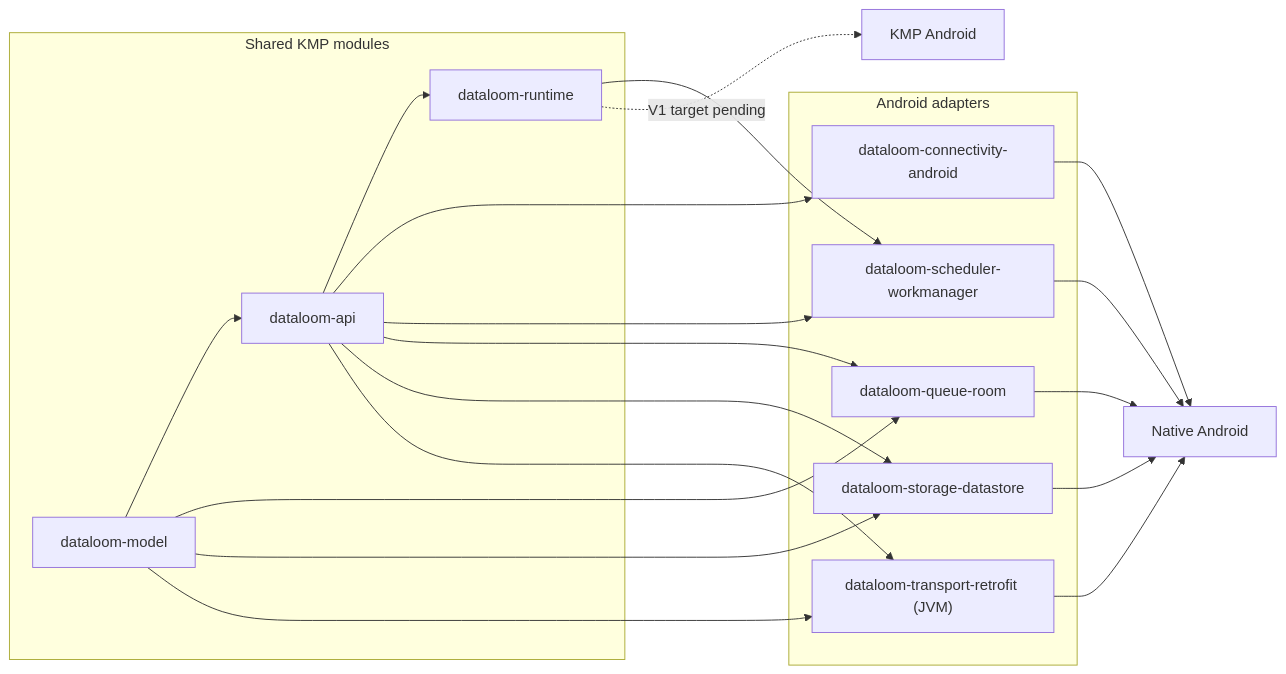
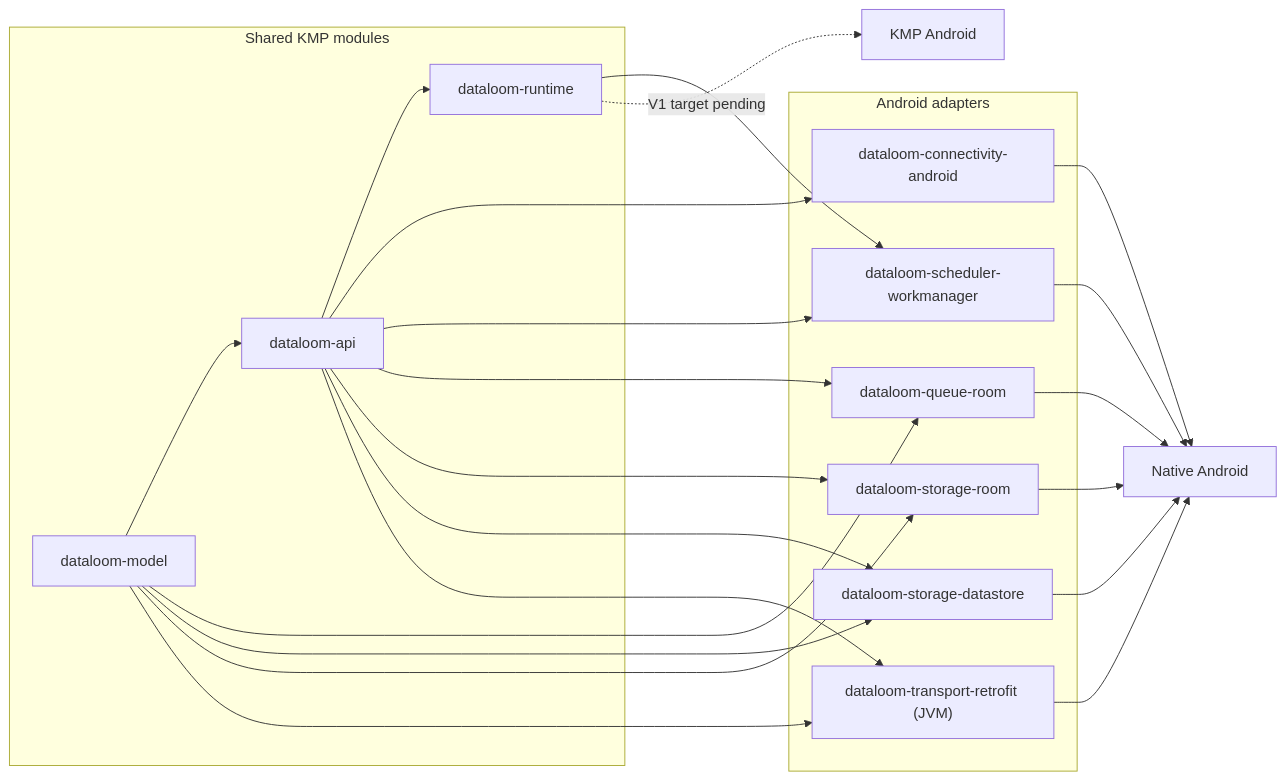
The diagram in docs/android/README.md (dataloom-sdk/dataloom), drawn with Mermaid before and after one commit. The commit also changed other lines of this file and 20 other files, not shown here.

First line of the commit message:
Add `dataloom-storage-room` reference Room-backed `StorageProvider` (#212)

````diff
--- a/docs/android/README.md
+++ b/docs/android/README.md
@@ -39,36 +40,40 @@
 ```mermaid
 flowchart LR
     subgraph sharedModules["Shared KMP modules"]
         model["dataloom-model"]
         api["dataloom-api"]
         runtime["dataloom-runtime"]
         model --> api
         api --> runtime
     end
 
     subgraph androidAdapters["Android adapters"]
         connectivity["dataloom-connectivity-android"]
         scheduler["dataloom-scheduler-workmanager"]
         persistence["dataloom-queue-room"]
+        storage["dataloom-storage-room"]
         datastoreStorage["dataloom-storage-datastore"]
         retrofitTransport["dataloom-transport-retrofit (JVM)"]
     end
 
     model --> persistence
     model --> datastoreStorage
+    model --> storage
     model --> retrofitTransport
     api --> connectivity
     api --> scheduler
     api --> persistence
+    api --> storage
     api --> datastoreStorage
     api --> retrofitTransport
     runtime --> scheduler
 
     connectivity --> nativeApp["Native Android"]
     scheduler --> nativeApp
     persistence --> nativeApp
+    storage --> nativeApp
     datastoreStorage --> nativeApp
     retrofitTransport --> nativeApp
 
     runtime -.->|"V1 target pending"| kmpApp["KMP Android"]
 ```
````
